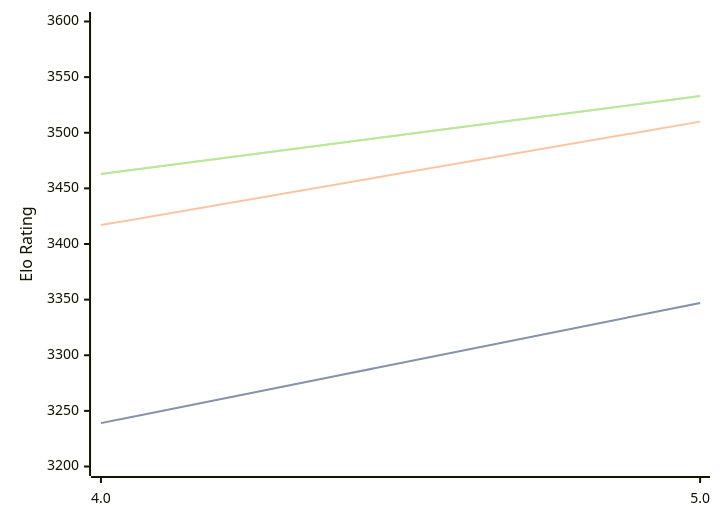
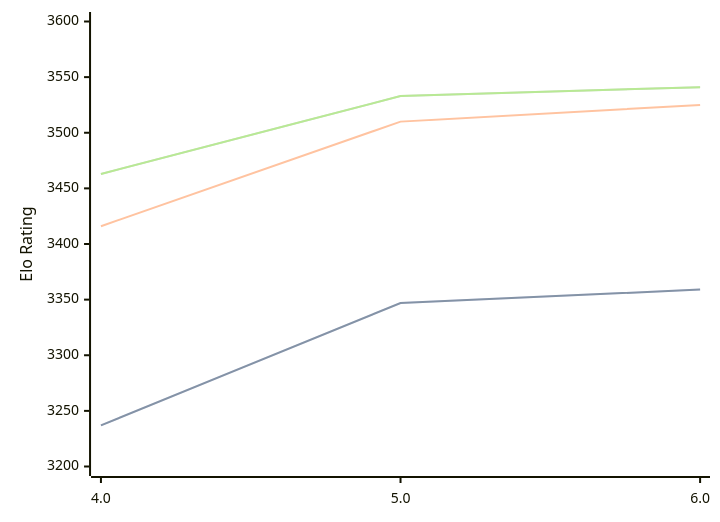
The diagram in engines/Tarnished.md (computer-chess-index/cci), drawn with Mermaid before and after one commit. The commit also changed other lines of this file, not shown here.

Commit message:
Update CCI Ratings (ELO VLTC) - 2026-06-12

````diff
--- a/engines/Tarnished.md
+++ b/engines/Tarnished.md
@@ -37,11 +37,11 @@
 ```mermaid
 %%{init: {"theme":"base","themeVariables":{"seriesColors:['#a3a3a3','#222221','#faa371']}}}%%
 xychart-beta
-  x-axis ["4.0", "5.0"]
+  x-axis ["4.0", "5.0", "6.0"]
   y-axis "Elo Rating" 3200 --> 3600
-  line "STC (8.0+0.08s)" [3239, 3347]
-  line "STC (8.0+0.08s)" [3239, 3347]
-  line "LTC (60.0+0.60s)" [3417, 3510]
-  line "VLTC (2m24s+1.12s)" [3463, 3533]
-  line "VLTC (2m24s+1.12s)" [3463, 3533]
+  line "STC (8.0+0.08s)" [3237, 3347, 3359]
+  line "STC (8.0+0.08s)" [3237, 3347, 3359]
+  line "LTC (60.0+0.60s)" [3416, 3510, 3525]
+  line "VLTC (2m24s+1.12s)" [3463, 3533, 3541]
+  line "VLTC (2m24s+1.12s)" [3463, 3533, 3541]
 ```
````
